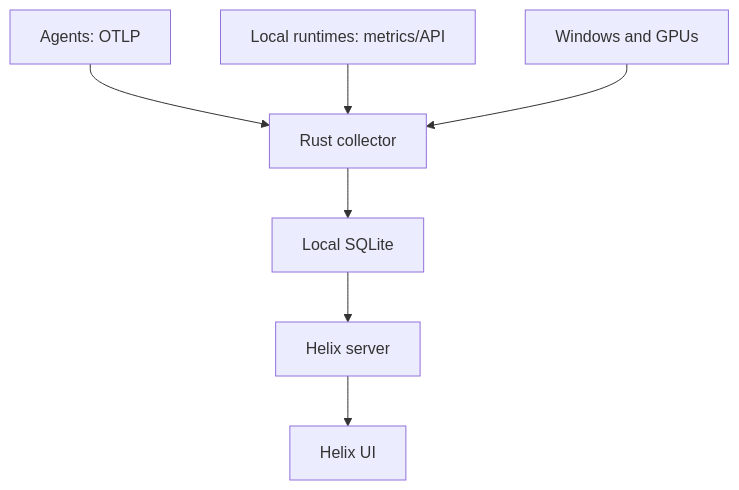
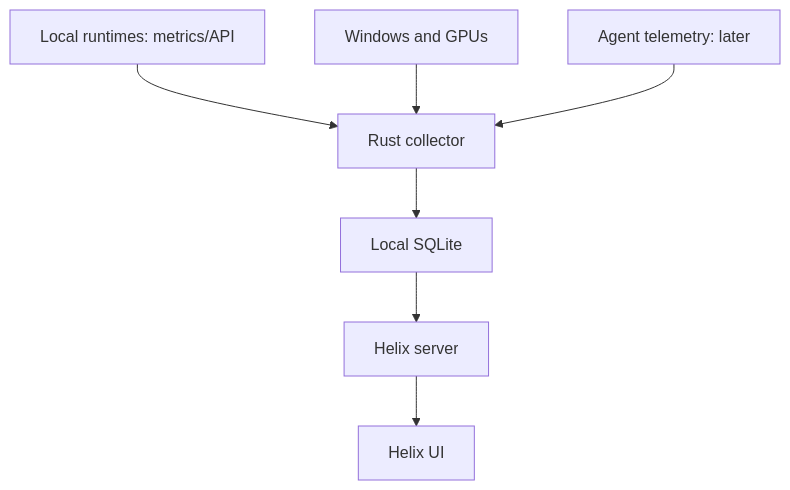
The diagram in docs/agent-connection-plan.md (walladanger/Helix), drawn with Mermaid before and after one commit. The commit also changed other lines of this file, not shown here.

Commit message:
Prioritize local inference in Helix connection plan

````diff
--- a/docs/agent-connection-plan.md
+++ b/docs/agent-connection-plan.md
@@ -33,9 +49,9 @@
 ```mermaid
 flowchart TB
-  A["Agents: OTLP"] --> C["Rust collector"]
-  B["Local runtimes: metrics/API"] --> C
+  B["Local runtimes: metrics/API"] --> C["Rust collector"]
   G["Windows and GPUs"] --> C
+  A["Agent telemetry: later"] --> C
   C --> D["Local SQLite"]
   D --> E["Helix server"]
   E --> F["Helix UI"]
 ```
````
